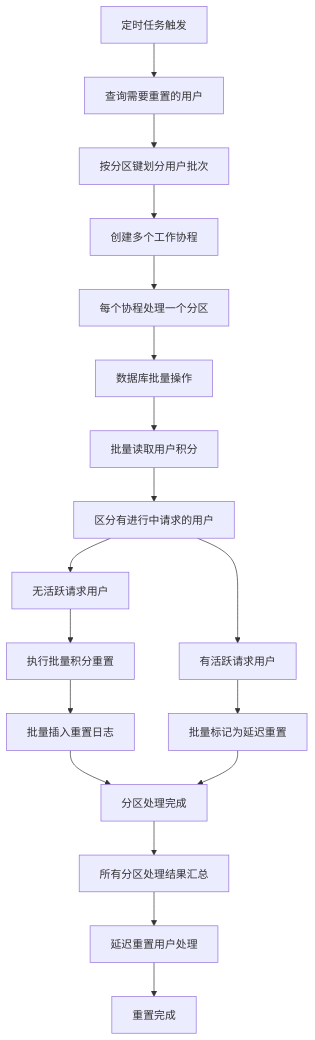
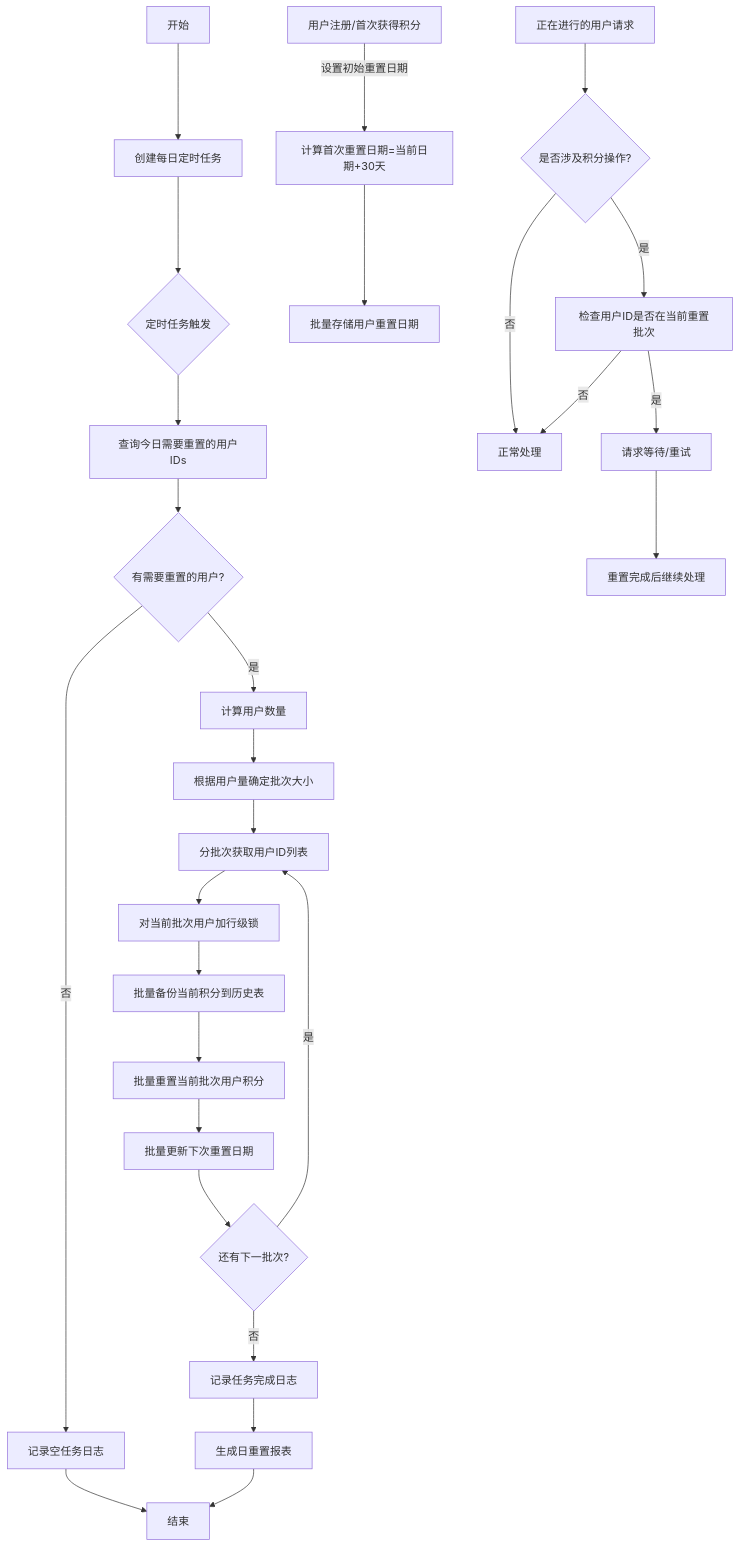
One commit to yingjianzh/iodraw-files changed the diagram in all/未命名-65.md. Above: the diagram before and after it, drawn with Mermaid.

Commit message:
2025-05-22 16:09:05 update

````diff
--- a/all/未命名-65.md
+++ b/all/未命名-65.md
@@ -1,27 +1,32 @@
 ```mermaid
 flowchart TD
-    A[定时任务触发] --> B[查询需要重置的用户]
-    B --> C[按分区键划分用户批次]
+    A[开始] --> B[创建每日定时任务]
+    B --> C{定时任务触发}
+    C --> D[查询今日需要重置的用户IDs]
+    D --> E{有需要重置的用户?}
+    E -->|否| F[记录空任务日志]
+    F --> Z[结束]
     
-    C --> D[创建多个工作协程]
-    D --> E[每个协程处理一个分区]
+    E -->|是| G[计算用户数量]
+    G --> H[根据用户量确定批次大小]
+    H --> I[分批次获取用户ID列表]
+    I --> J[对当前批次用户加行级锁]
+    J --> K[批量备份当前积分到历史表]
+    K --> L[批量重置当前批次用户积分]
+    L --> M[批量更新下次重置日期]
+    M --> N{还有下一批次?}
+    N -->|是| I
+    N -->|否| O[记录任务完成日志]
+    O --> P[生成日重置报表]
+    P --> Z
     
-    E --> F[数据库批量操作]
-    F --> G1[批量读取用户积分]
-    G1 --> G2[区分有进行中请求的用户]
+    AA[用户注册/首次获得积分] -->|设置初始重置日期| BB[计算首次重置日期=当前日期+30天]
+    BB --> CC[批量存储用户重置日期]
     
-    G2 --> H1[无活跃请求用户]
-    G2 --> H2[有活跃请求用户]
-    
-    H1 --> I[执行批量积分重置]
-    I --> J[批量插入重置日志]
-    
-    H2 --> K[批量标记为延迟重置]
-    
-    J --> L[分区处理完成]
-    K --> L
-    
-    L --> M[所有分区处理结果汇总]
-    M --> N[延迟重置用户处理]
-    N --> O[重置完成]
+    R[正在进行的用户请求] --> S{是否涉及积分操作?}
+    S -->|否| T[正常处理]
+    S -->|是| U[检查用户ID是否在当前重置批次]
+    U -->|否| T
+    U -->|是| V[请求等待/重试]
+    V --> W[重置完成后继续处理]
 ```
````
